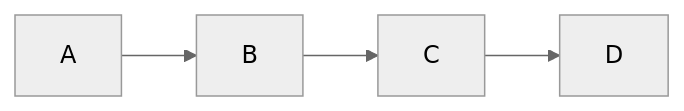
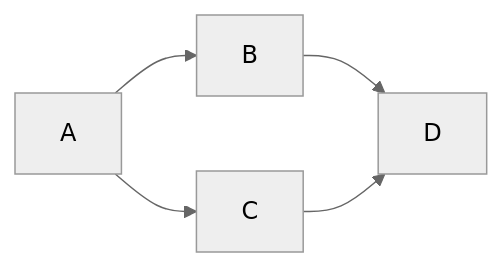
Before and after one commit to OlaProeis/Ferrite: the third of 4 diagrams in test_md/test_mermaid_v031.md, drawn with Mermaid (neutral theme). The commit also changed other lines of this file and 17 other files, not shown here.

````diff
--- a/test_md/test_mermaid_v031.md
+++ b/test_md/test_mermaid_v031.md
@@ -39,5 +39,8 @@
 ```mermaid
 flowchart LR
-    A --> B --> C --> D
-    linkStyle 0,1,2 interpolate basis
+    A --> B
+    A --> C
+    B --> D
+    C --> D
+    linkStyle 0,1,2,3 interpolate basis
 ```
````
